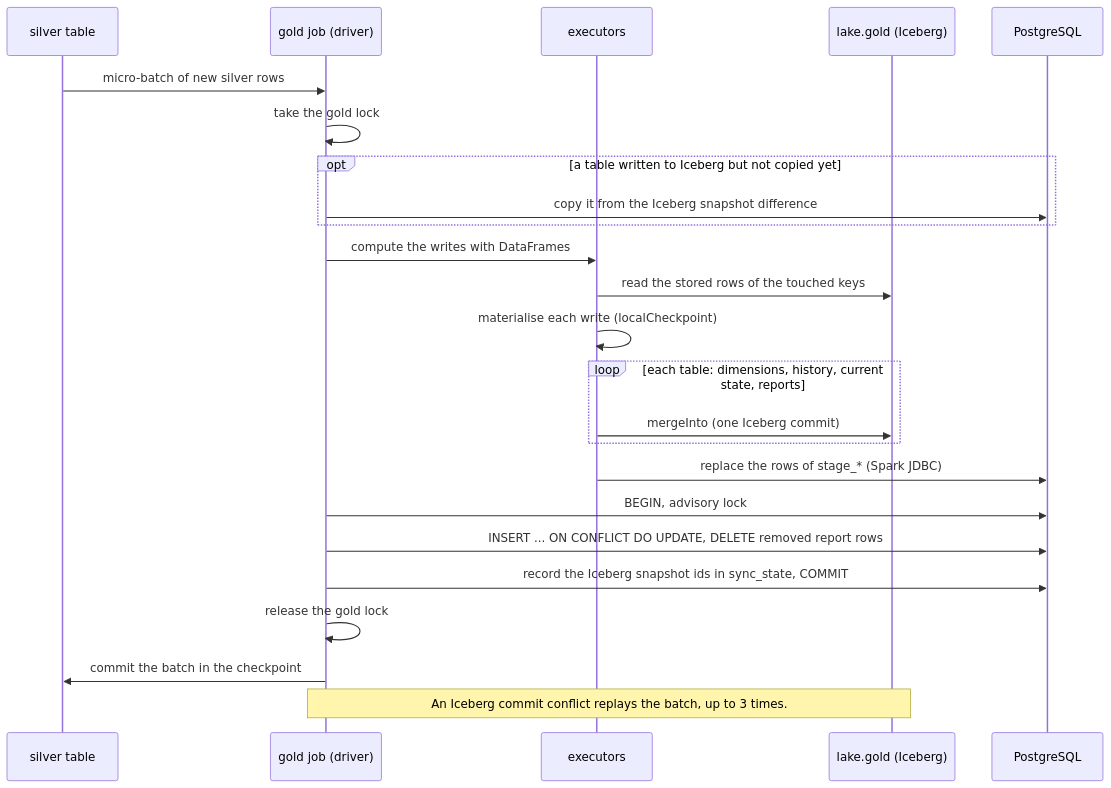
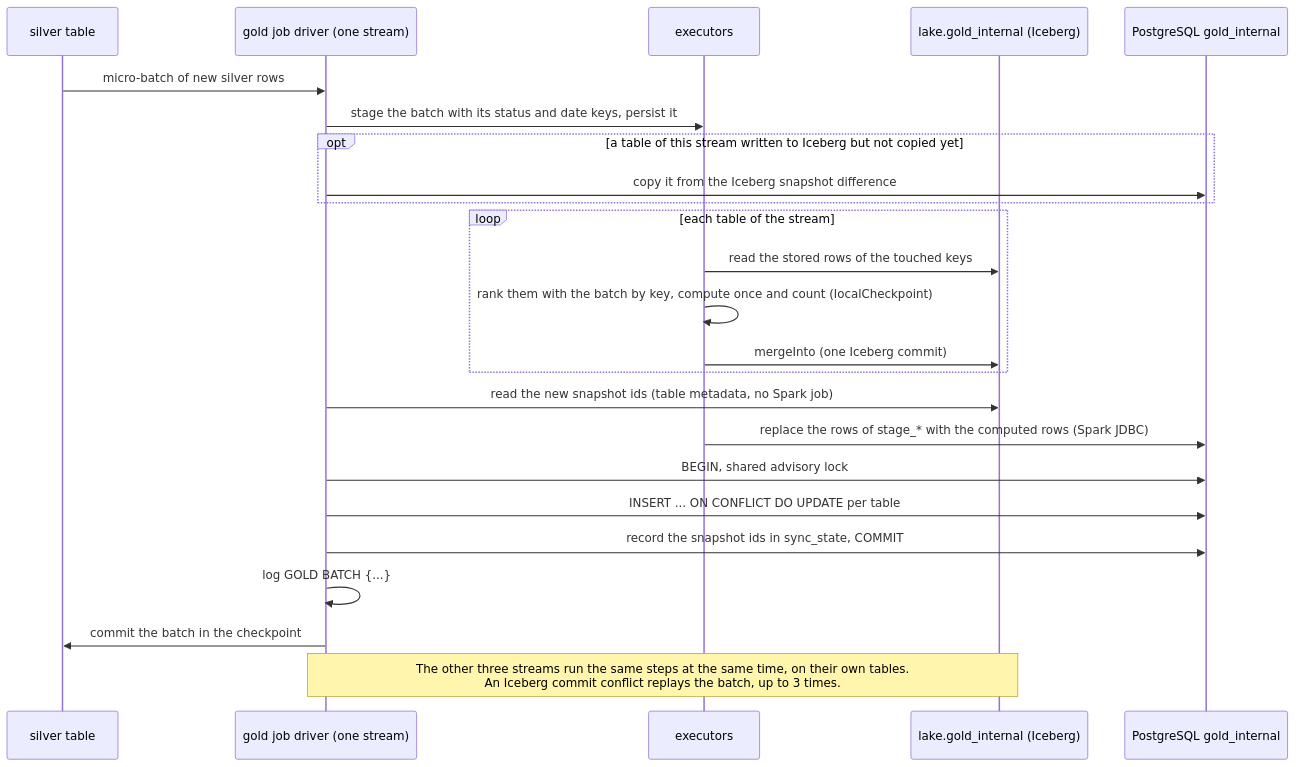
One commit to jonathan5p/deel-home-task changed the first of 3 diagrams in docs/lakehouse/gold/writer.md. Above: the diagram before and after it, drawn with Mermaid. The commit also changed other lines of this file and 2 other files, not shown here.

Commit message:
docs(gold): describe the independent gold streams, business-key facts and the shared read-time views

````diff
--- a/docs/lakehouse/gold/writer.md
+++ b/docs/lakehouse/gold/writer.md
@@ -78,26 +87,26 @@
 ```mermaid
 sequenceDiagram
     participant S as silver table
-    participant J as gold job (driver)
+    participant J as gold job driver (one stream)
     participant X as executors
-    participant L as lake.gold (Iceberg)
-    participant P as PostgreSQL
+    participant L as lake.gold_internal (Iceberg)
+    participant P as PostgreSQL gold_internal
     S->>J: micro-batch of new silver rows
-    J->>J: take the gold lock
-    opt a table written to Iceberg but not copied yet
+    J->>X: stage the batch with its status and date keys, persist it
+    opt a table of this stream written to Iceberg but not copied yet
         J->>P: copy it from the Iceberg snapshot difference
     end
-    J->>X: compute the writes with DataFrames
-    X->>L: read the stored rows of the touched keys
-    X->>X: materialise each write (localCheckpoint)
-    loop each table: dimensions, history, current state, reports
+    loop each table of the stream
+        X->>L: read the stored rows of the touched keys
+        X->>X: rank them with the batch by key, compute once and count (localCheckpoint)
         X->>L: mergeInto (one Iceberg commit)
     end
-    X->>P: replace the rows of stage_* (Spark JDBC)
-    J->>P: BEGIN, advisory lock
-    J->>P: INSERT ... ON CONFLICT DO UPDATE, DELETE removed report rows
-    J->>P: record the Iceberg snapshot ids in sync_state, COMMIT
-    J->>J: release the gold lock
+    J->>L: read the new snapshot ids (table metadata, no Spark job)
+    X->>P: replace the rows of stage_* with the computed rows (Spark JDBC)
+    J->>P: BEGIN, shared advisory lock
+    J->>P: INSERT ... ON CONFLICT DO UPDATE per table
+    J->>P: record the snapshot ids in sync_state, COMMIT
+    J->>J: log GOLD BATCH {...}
     J->>S: commit the batch in the checkpoint
-    Note over J,L: An Iceberg commit conflict replays the batch, up to 3 times.
+    Note over J,L: The other three streams run the same steps at the same time, on their own tables.<br/>An Iceberg commit conflict replays the batch, up to 3 times.
 ```
````
